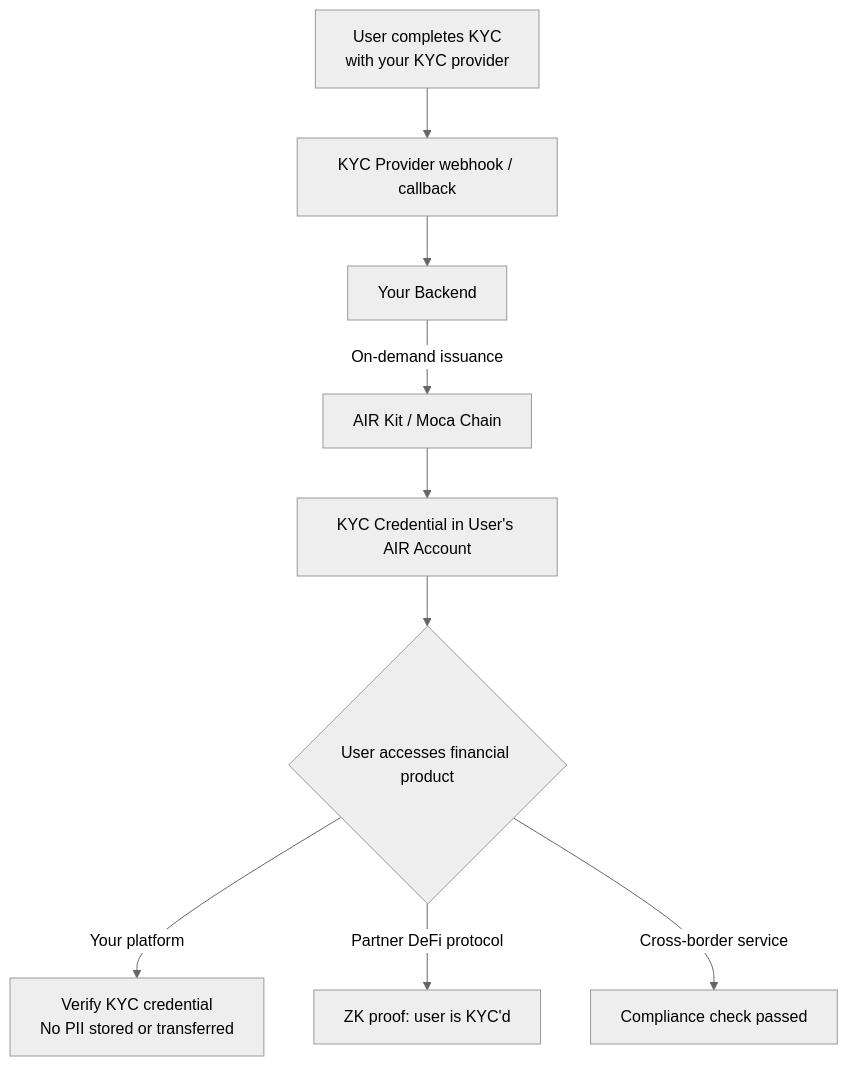
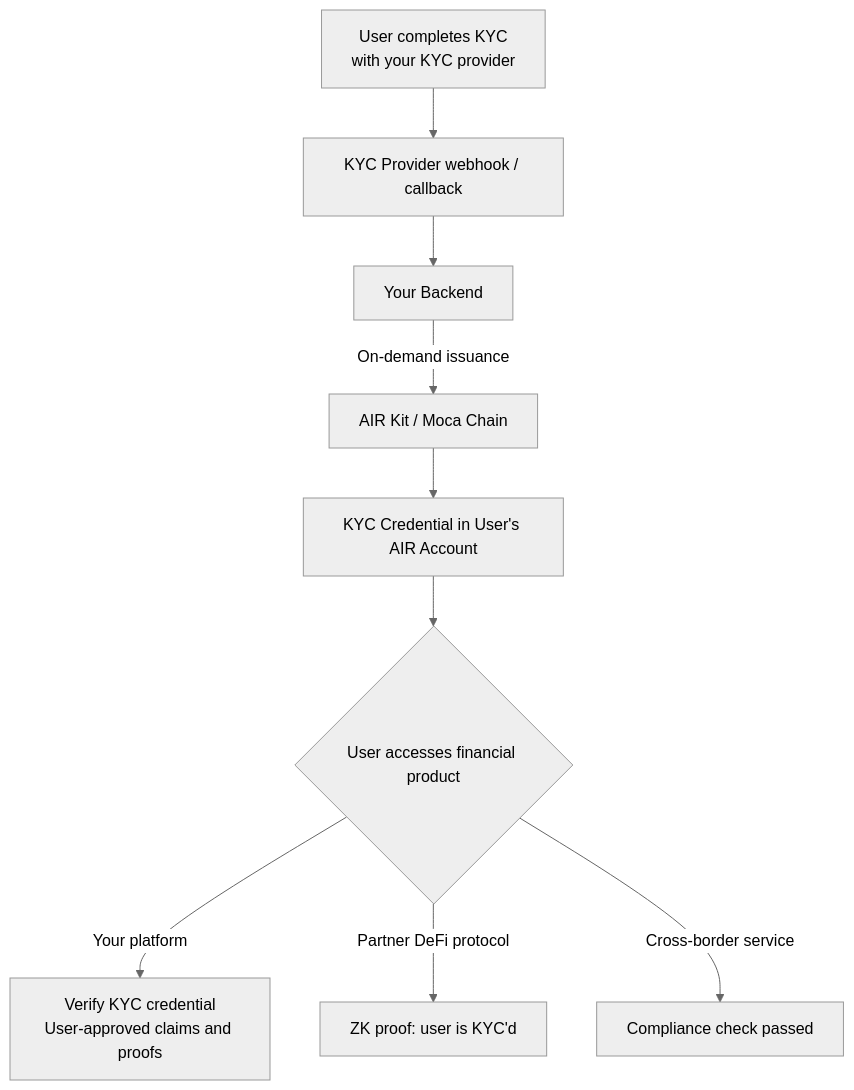
The diagram in solutions/fintech.mdx (MocaNetwork/docs), drawn with Mermaid (neutral theme) before and after one commit. The commit also changed other lines of this file and 4 other files, not shown here.

````diff
--- a/solutions/fintech.mdx
+++ b/solutions/fintech.mdx
@@ -82,12 +82,12 @@
 ```mermaid
 graph TD
     A["User completes KYC\nwith your KYC provider"] --> B["KYC Provider webhook / callback"]
     B --> C[Your Backend]
     C -->|On-demand issuance| D[AIR Kit / Moca Chain]
     D --> E[KYC Credential in User's AIR Account]
 
     E --> F{User accesses financial product}
-    F -->|Your platform| G["Verify KYC credential\nNo PII stored or transferred"]
+    F -->|Your platform| G["Verify KYC credential\nUser-approved claims and proofs"]
     F -->|Partner DeFi protocol| H["ZK proof: user is KYC'd"]
     F -->|Cross-border service| I[Compliance check passed]
 ```
````
